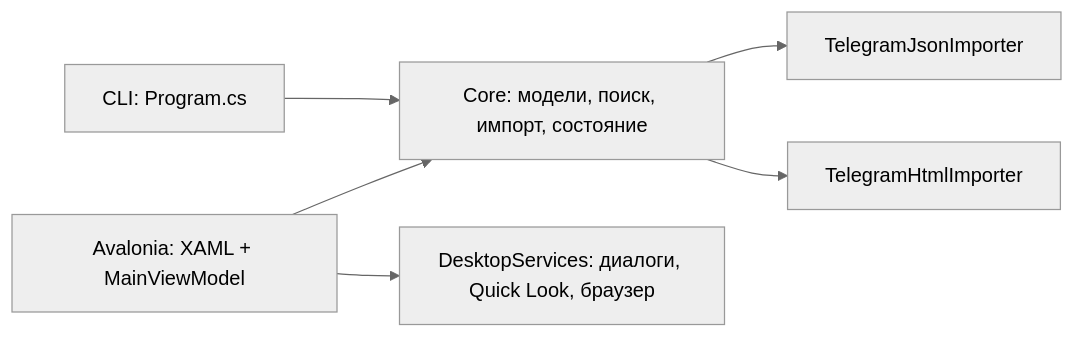
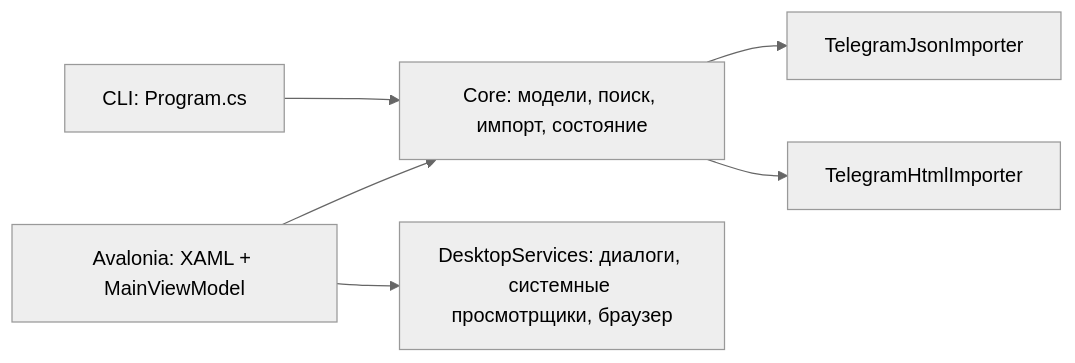
The diagram in docs/ARCHITECTURE.md (Ibragim29052003/telegram-chat-navigator), drawn with Mermaid (neutral theme) before and after one commit. The commit also changed other lines of this file and 9 other files, not shown here.

````diff
--- a/docs/ARCHITECTURE.md
+++ b/docs/ARCHITECTURE.md
@@ -9,8 +9,8 @@
 ```mermaid
 flowchart LR
     GUI[Avalonia: XAML + MainViewModel] --> CORE[Core: модели, поиск, импорт, состояние]
     CLI[CLI: Program.cs] --> CORE
     CORE --> JSON[TelegramJsonImporter]
     CORE --> HTML[TelegramHtmlImporter]
-    GUI --> NATIVE[DesktopServices: диалоги, Quick Look, браузер]
+    GUI --> NATIVE[DesktopServices: диалоги, системные просмотрщики, браузер]
 ```
````
